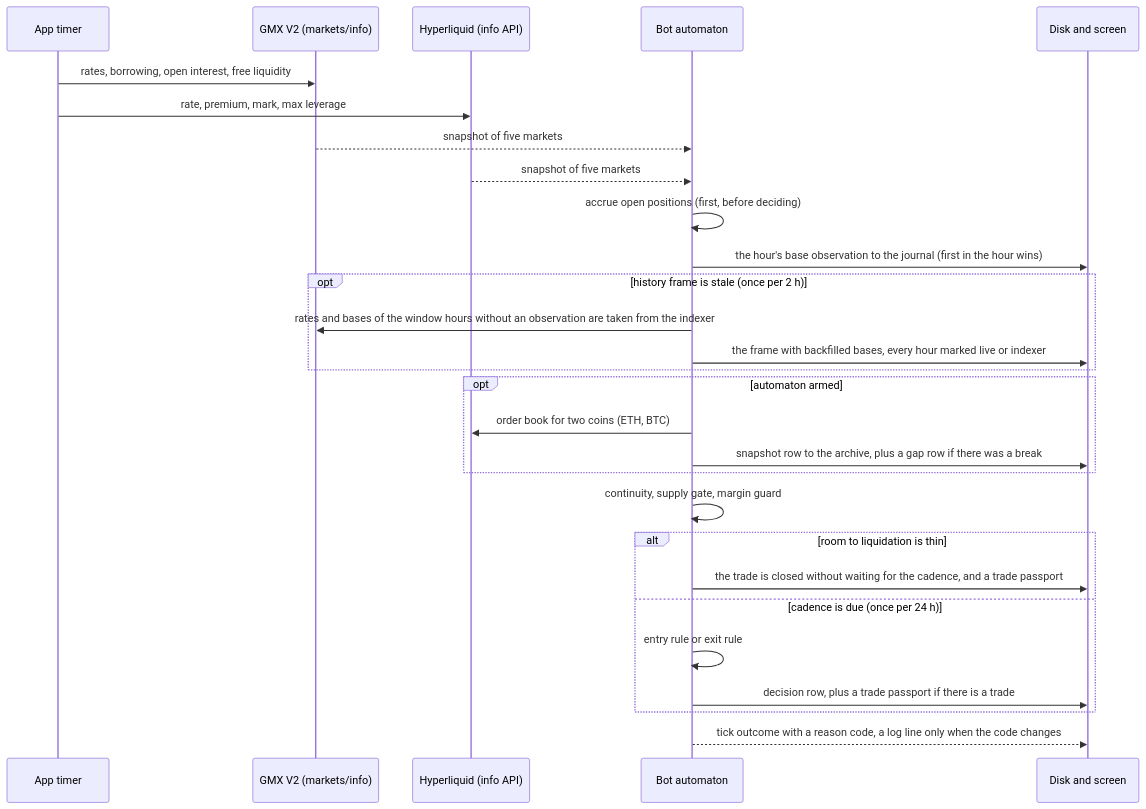
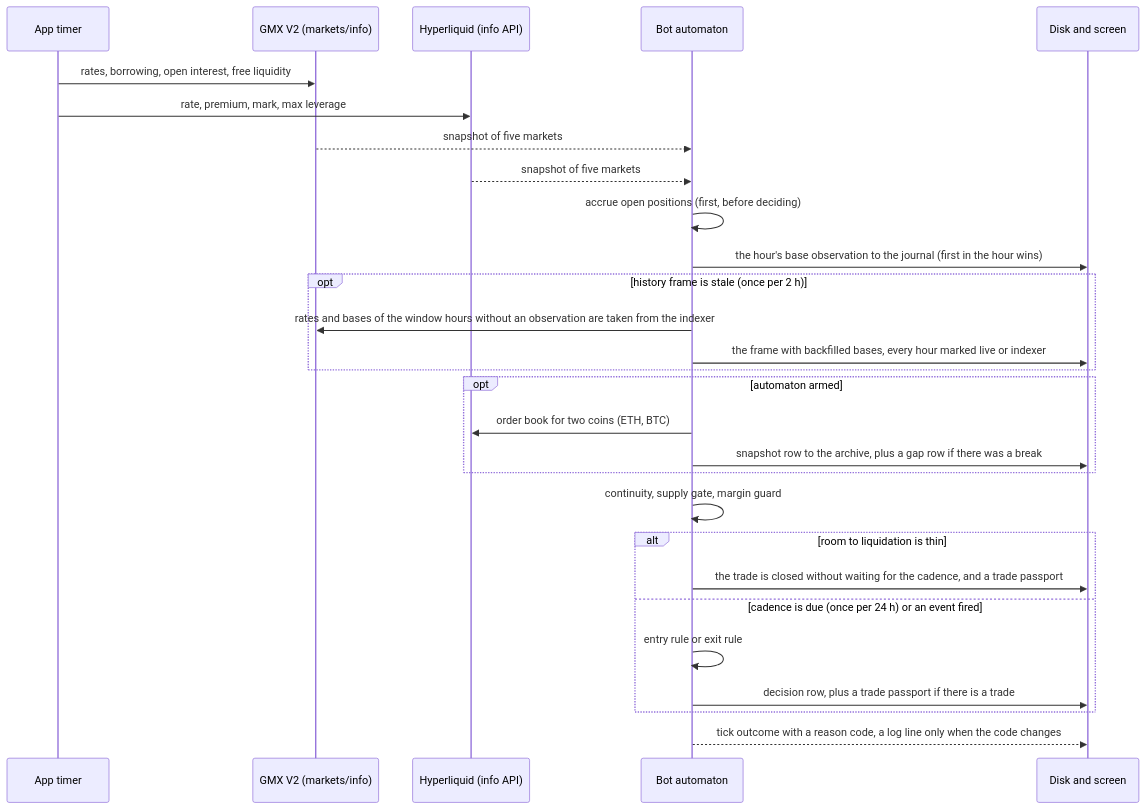
One commit to hamiltonalex/botLab changed the second of 6 diagrams in botLab-desktop/docs/bot1-funding-arb-how-it-works.en.md. Above: the diagram before and after it, drawn with Mermaid. The commit also changed other lines of this file and 20 other files, not shown here.

````diff
--- a/botLab-desktop/docs/bot1-funding-arb-how-it-works.en.md
+++ b/botLab-desktop/docs/bot1-funding-arb-how-it-works.en.md
@@ -103,30 +104,30 @@
 ```mermaid
 sequenceDiagram
     participant T as App timer
     participant G as GMX V2 (markets/info)
     participant H as Hyperliquid (info API)
     participant E as Bot automaton
     participant D as Disk and screen
     T->>G: rates, borrowing, open interest, free liquidity
     T->>H: rate, premium, mark, max leverage
     G-->>E: snapshot of five markets
     H-->>E: snapshot of five markets
     E->>E: accrue open positions (first, before deciding)
     E->>D: the hour's base observation to the journal (first in the hour wins)
     opt history frame is stale (once per 2 h)
         E->>G: rates and bases of the window hours without an observation are taken from the indexer
         E->>D: the frame with backfilled bases, every hour marked live or indexer
     end
     opt automaton armed
         E->>H: order book for two coins (ETH, BTC)
         E->>D: snapshot row to the archive, plus a gap row if there was a break
     end
     E->>E: continuity, supply gate, margin guard
     alt room to liquidation is thin
         E->>D: the trade is closed without waiting for the cadence, and a trade passport
-    else cadence is due (once per 24 h)
+    else cadence is due (once per 24 h) or an event fired
         E->>E: entry rule or exit rule
         E->>D: decision row, plus a trade passport if there is a trade
     end
     E-->>D: tick outcome with a reason code, a log line only when the code changes
 ```
````
